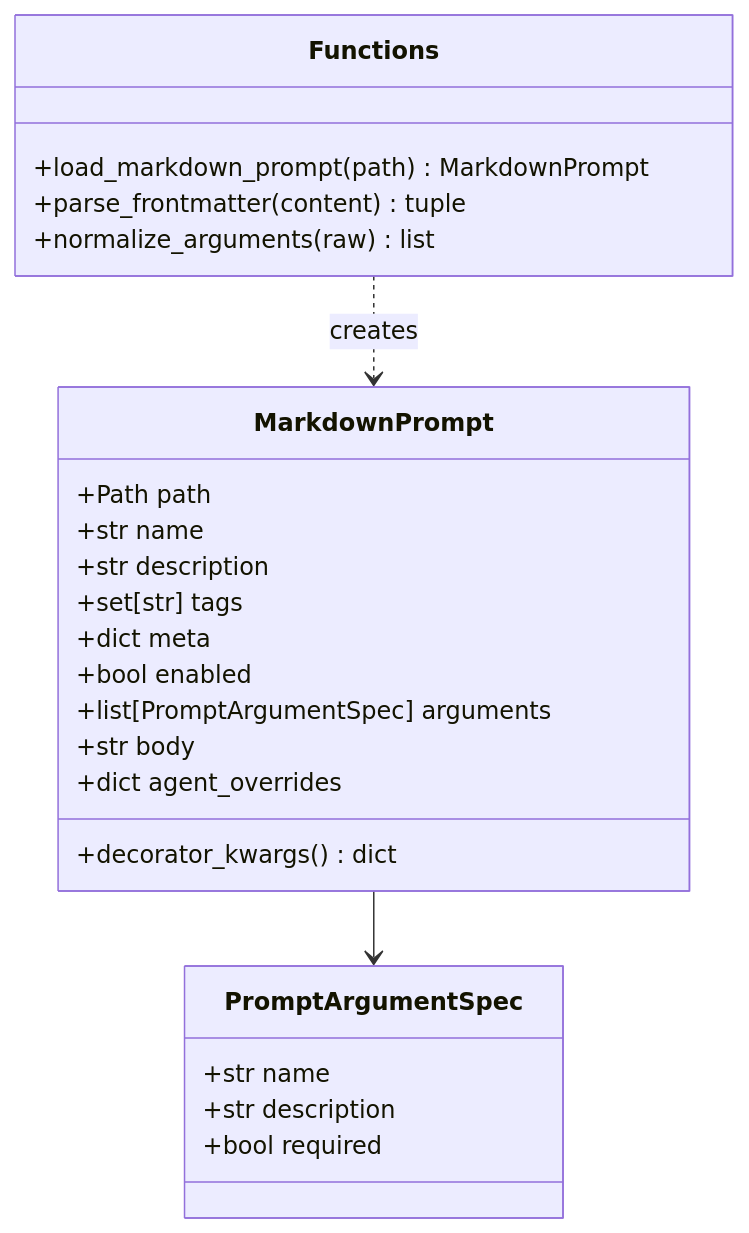
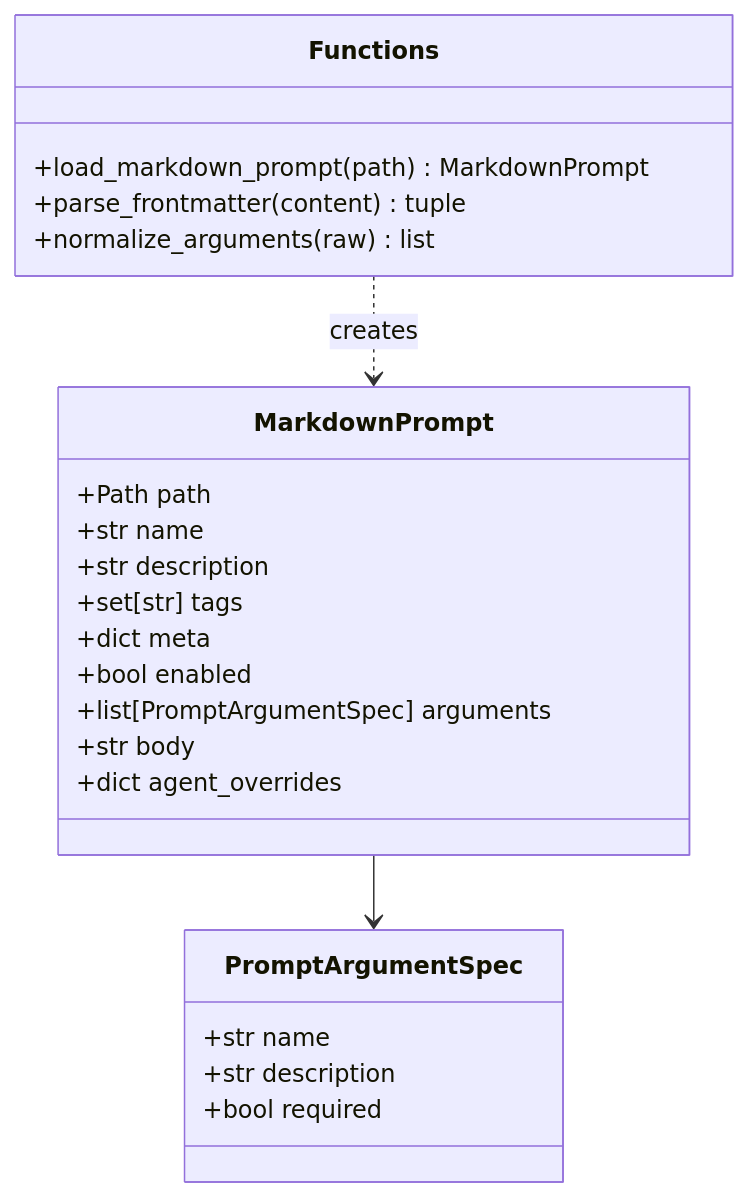
The ninth of 15 diagrams in docs/ARCHITECTURE.md (liatrio-labs/slash-command-manager), drawn with Mermaid before and after one commit. The commit also changed other lines of this file and 22 other files, not shown here.

````diff
--- a/docs/ARCHITECTURE.md
+++ b/docs/ARCHITECTURE.md
@@ -439,31 +428,30 @@
 ```mermaid
 classDiagram
     class MarkdownPrompt {
         +Path path
         +str name
         +str description
         +set[str] tags
         +dict meta
         +bool enabled
         +list[PromptArgumentSpec] arguments
         +str body
         +dict agent_overrides
-        +decorator_kwargs() dict
     }
 
     class PromptArgumentSpec {
         +str name
         +str description
         +bool required
     }
 
     MarkdownPrompt --> PromptArgumentSpec
 
     class Functions {
         +load_markdown_prompt(path) MarkdownPrompt
         +parse_frontmatter(content) tuple
         +normalize_arguments(raw) list
     }
 
     Functions ..> MarkdownPrompt : creates
 ```
````
